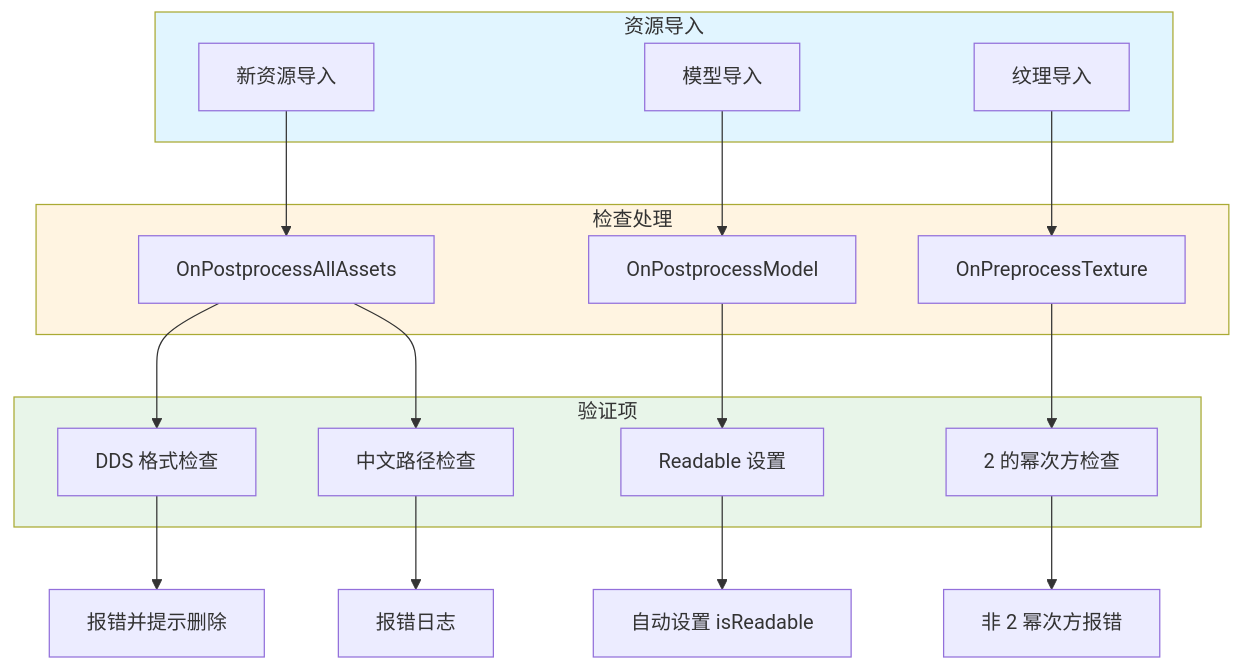
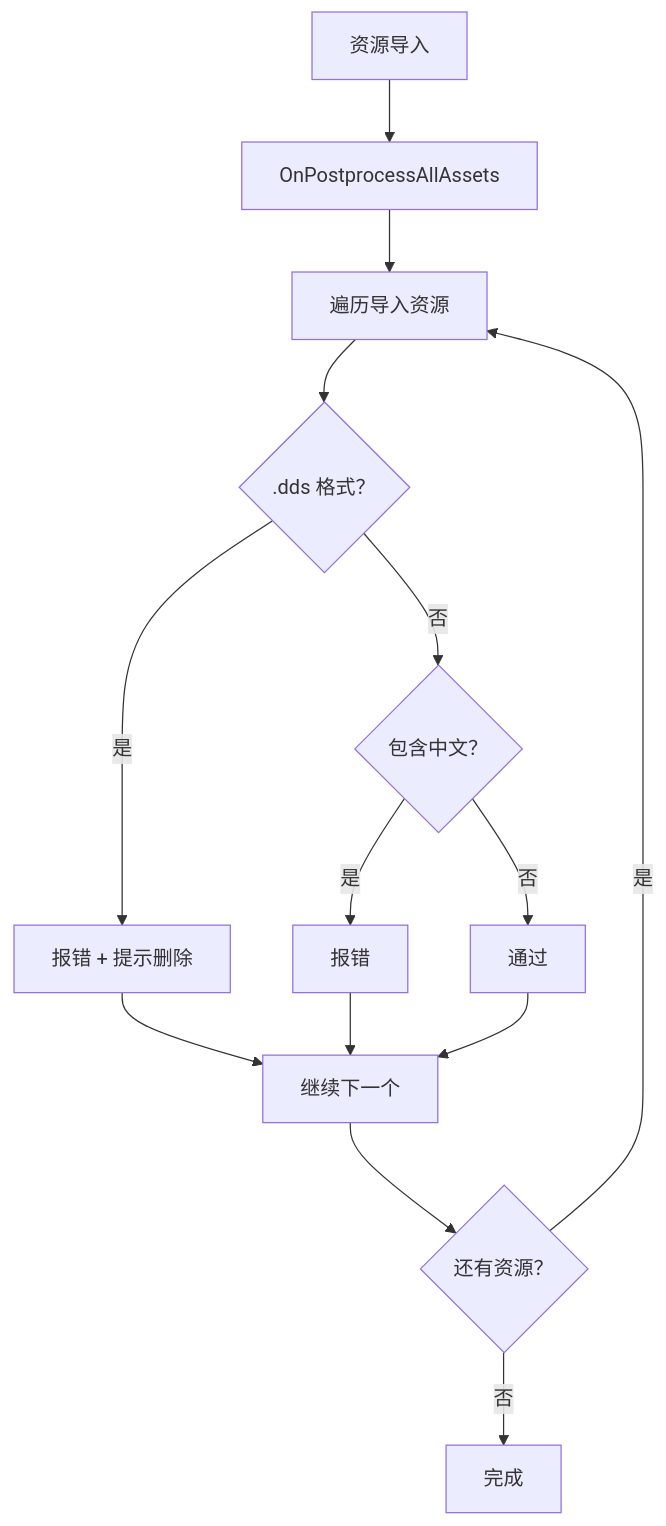
The first of 2 diagrams in Assets/Scripts/Editor/ArtEditor/Atlas/AssetImportMgr.cs.md (acsta/Container), drawn with Mermaid before and after one commit. The commit also changed other lines of this file and 3 other files, not shown here.

````diff
--- a/Assets/Scripts/Editor/ArtEditor/Atlas/AssetImportMgr.cs.md
+++ b/Assets/Scripts/Editor/ArtEditor/Atlas/AssetImportMgr.cs.md
@@ -102,39 +182,16 @@
 ```mermaid
-graph TB
-    subgraph Import["资源导入"]
-        A[新资源导入]
-        B[模型导入]
-        C[纹理导入]
-    end
-    
-    subgraph Checks["检查处理"]
-        D[OnPostprocessAllAssets]
-        E[OnPostprocessModel]
-        F[OnPreprocessTexture]
-    end
-    
-    subgraph Validations["验证项"]
-        G[DDS 格式检查]
-        H[中文路径检查]
-        I[Readable 设置]
-        J[2 的幂次方检查]
-    end
-    
-    A --> D
-    B --> E
-    C --> F
-    
-    D --> G
-    D --> H
-    E --> I
-    F --> J
-    
-    G --> K[报错并提示删除]
-    H --> L[报错日志]
-    I --> M[自动设置 isReadable]
-    J --> N[非 2 幂次方报错]
-    
-    style Import fill:#e1f5ff
-    style Checks fill:#fff4e1
-    style Validations fill:#e8f5e9
+flowchart TD
+    A[资源导入] --> B[OnPostprocessAllAssets]
+    B --> C[遍历导入资源]
+    C --> D{.dds 格式？}
+    D -->|是 | E[报错 + 提示删除]
+    D -->|否 | F{包含中文？}
+    F -->|是 | G[报错]
+    F -->|否 | H[通过]
+    E --> I[继续下一个]
+    G --> I
+    H --> I
+    I --> J{还有资源？}
+    J -->|是 | C
+    J -->|否 | K[完成]
 ```
````
